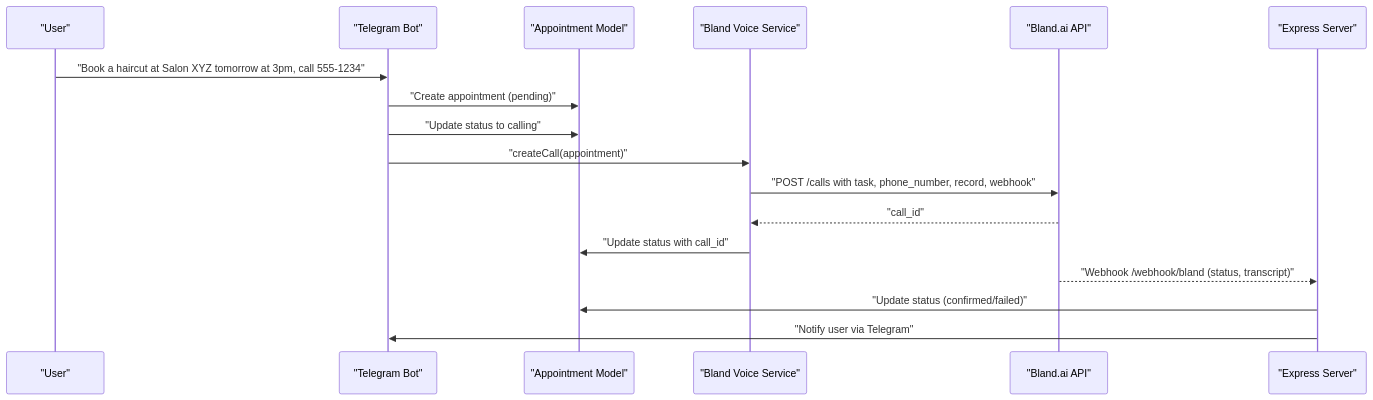
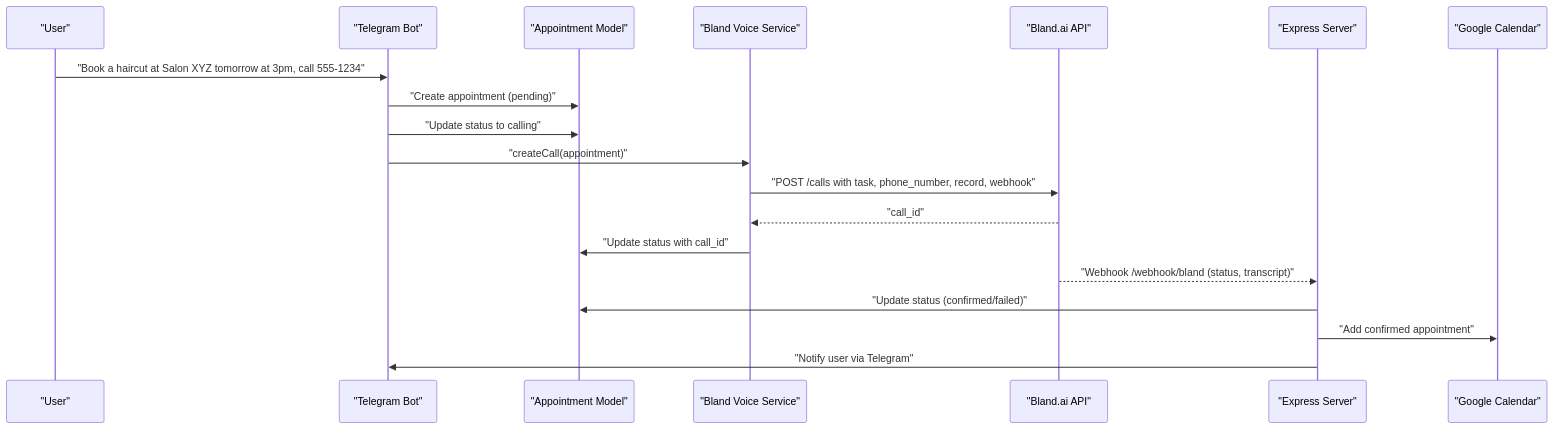
One commit to Armanda888/appointment-voice-agent changed the second of 8 diagrams in .qoder/repowiki/en/content/Core Components/Voice Service Integration.md. Above: the diagram before and after it, drawn with Mermaid. The commit also changed other lines of this file and 10 other files, not shown here.

````diff
--- a/.qoder/repowiki/en/content/Core Components/Voice Service Integration.md
+++ b/.qoder/repowiki/en/content/Core Components/Voice Service Integration.md
@@ -101,19 +111,21 @@
 ```mermaid
 sequenceDiagram
 participant User as "User"
 participant Bot as "Telegram Bot"
 participant DB as "Appointment Model"
 participant Voice as "Bland Voice Service"
 participant API as "Bland.ai API"
 participant Server as "Express Server"
+participant Calendar as "Google Calendar"
 User->>Bot : "Book a haircut at Salon XYZ tomorrow at 3pm, call 555-1234"
 Bot->>DB : "Create appointment (pending)"
 Bot->>DB : "Update status to calling"
 Bot->>Voice : "createCall(appointment)"
 Voice->>API : "POST /calls with task, phone_number, record, webhook"
 API-->>Voice : "call_id"
 Voice->>DB : "Update status with call_id"
 API-->>Server : "Webhook /webhook/bland (status, transcript)"
 Server->>DB : "Update status (confirmed/failed)"
+Server->>Calendar : "Add confirmed appointment"
 Server->>Bot : "Notify user via Telegram"
 ```
````
